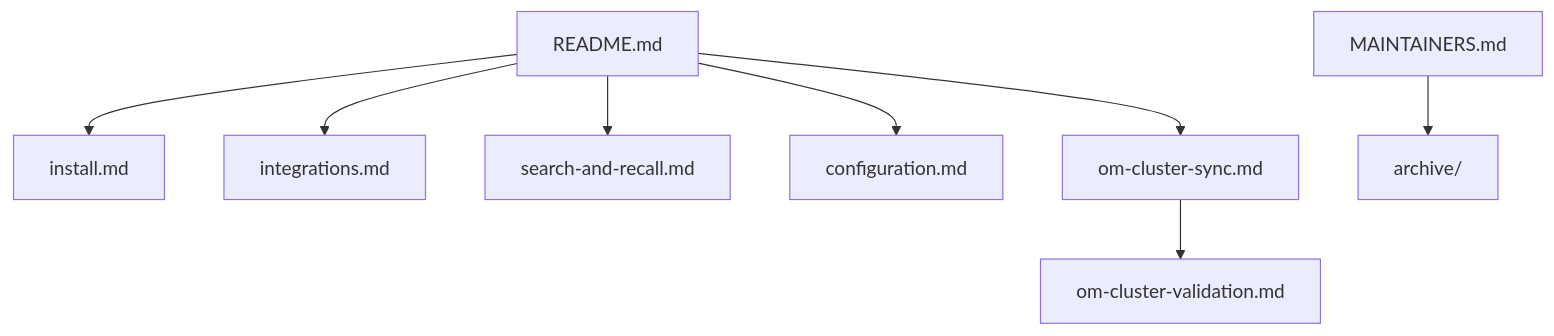
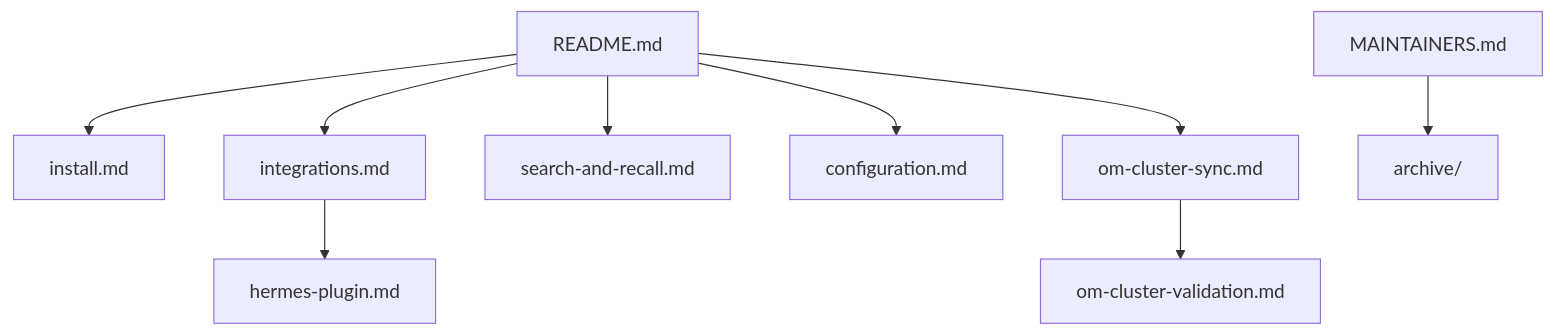
The diagram in docs/README.md (intertwine/observational-memory), drawn with Mermaid before and after one commit. The commit also changed other lines of this file and 7 other files, not shown here.

Commit message:
docs: add Hermes plugin guidance

````diff
--- a/docs/README.md
+++ b/docs/README.md
@@ -28,10 +29,11 @@
 ```mermaid
 flowchart TD
     R["README.md"] --> I["install.md"]
     R --> P["integrations.md"]
+    P --> H["hermes-plugin.md"]
     R --> S["search-and-recall.md"]
     R --> C["configuration.md"]
     R --> K["om-cluster-sync.md"]
     K --> V["om-cluster-validation.md"]
     M["MAINTAINERS.md"] --> A["archive/"]
 ```
````
